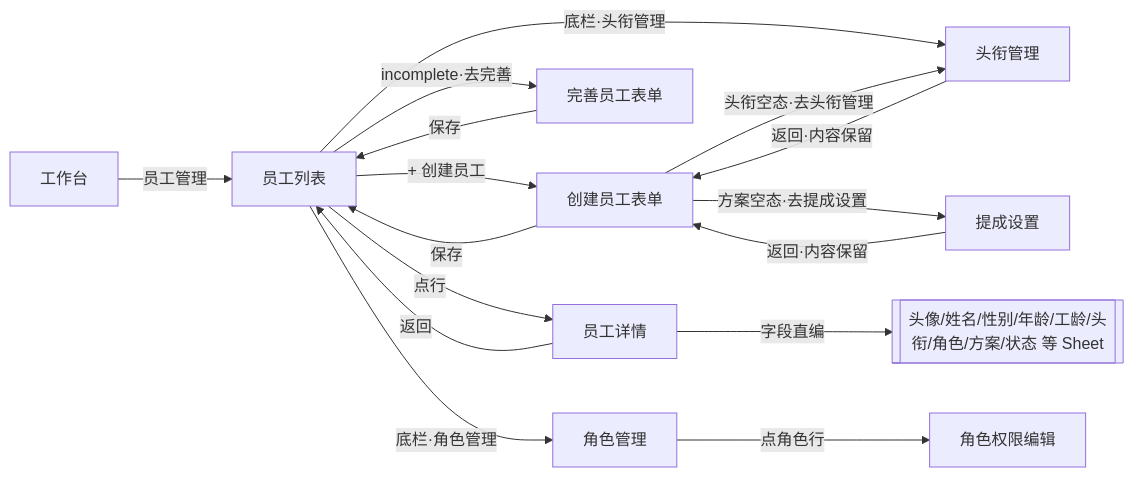
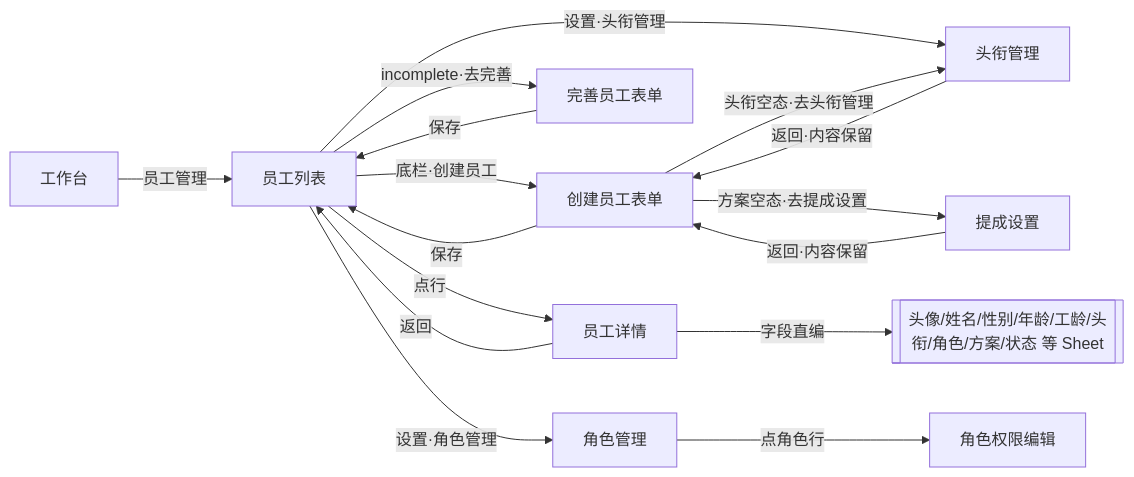
The second of 3 diagrams in PRD-提成设置.md (XDean-Designer/ticheng), drawn with Mermaid before and after one commit. The commit also changed other lines of this file and 9 other files, not shown here.

````diff
--- a/PRD-提成设置.md
+++ b/PRD-提成设置.md
@@ -264,18 +259,18 @@
 ```mermaid
 flowchart LR
   W[工作台] -->|员工管理| L[员工列表]
-  L -->|+ 创建员工| C[创建员工表单]
+  L -->|底栏·创建员工| C[创建员工表单]
   L -->|incomplete·去完善| RF[完善员工表单]
   L -->|点行| D[员工详情]
-  L -->|底栏·头衔管理| R[头衔管理]
-  L -->|底栏·角色管理| P[角色管理]
+  L -->|设置·头衔管理| R[头衔管理]
+  L -->|设置·角色管理| P[角色管理]
   P -->|点角色行| PE[角色权限编辑]
   C -->|头衔空态·去头衔管理| R
   C -->|方案空态·去提成设置| C2[提成设置]
   R -->|返回·内容保留| C
   C2 -->|返回·内容保留| C
   C -->|保存| L
   RF -->|保存| L
   D -->|字段直编| DS[[头像/姓名/性别/年龄/工龄/头衔/角色/方案/状态 等 Sheet]]
   D -->|返回| L
 ```
````
